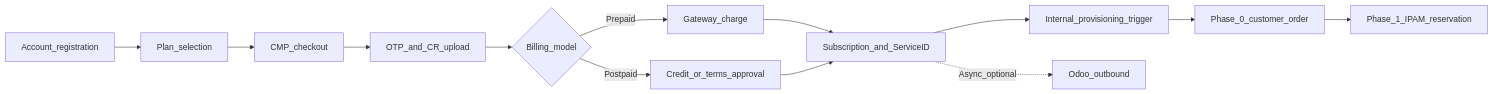
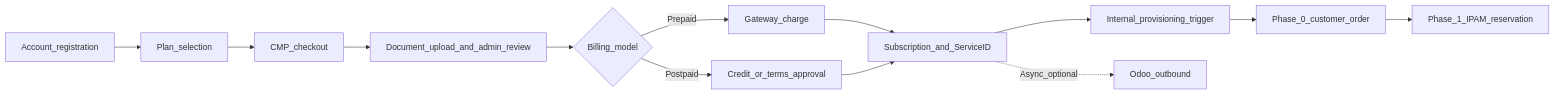
The diagram in docs/engagements/datamount/registration-and-billing.md (satish-londhe/admin-docs), drawn with Mermaid before and after one commit. The commit also changed other lines of this file and 10 other files, not shown here.

````diff
--- a/docs/engagements/datamount/registration-and-billing.md
+++ b/docs/engagements/datamount/registration-and-billing.md
@@ -34,15 +34,15 @@
 ```mermaid
 flowchart LR
   Reg[Account_registration] --> Plan[Plan_selection]
   Plan --> Checkout[CMP_checkout]
-  Checkout --> KYC[OTP_and_CR_upload]
+  Checkout --> KYC[Document_upload_and_admin_review]
   KYC --> Branch{Billing_model}
   Branch -->|Prepaid| Charge[Gateway_charge]
   Branch -->|Postpaid| Credit[Credit_or_terms_approval]
   Charge --> Sub[Subscription_and_ServiceID]
   Credit --> Sub
   Sub --> Trigger[Internal_provisioning_trigger]
   Sub -.->|Async_optional| OdooPush[Odoo_outbound]
   Trigger --> Phase0[Phase_0_customer_order]
   Phase0 --> Phase1[Phase_1_IPAM_reservation]
 ```
````
